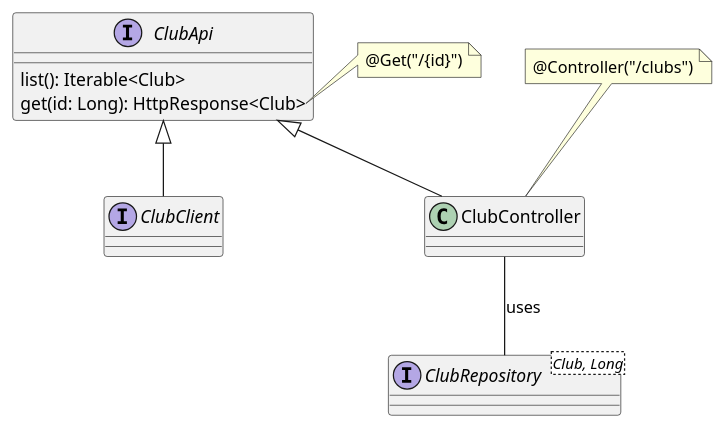
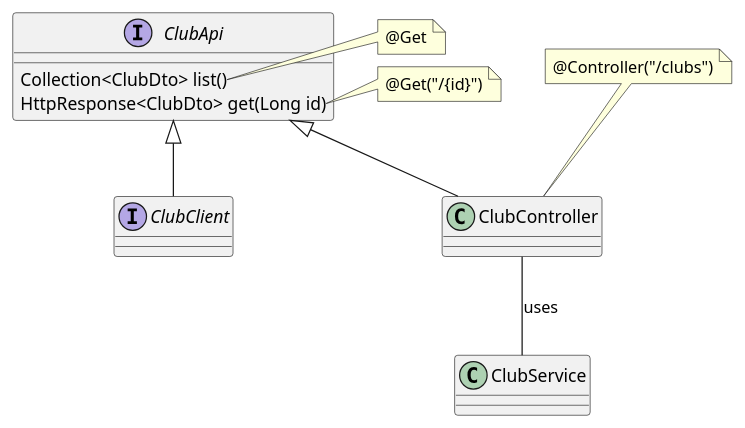
The fourth of 4 diagrams in lab02.adoc (alvarosanchez/micronaut-workshop), drawn with PlantUML before and after one commit. The commit also changed other lines of this file and 19 other files, not shown here.

```diff
--- a/lab02.adoc
+++ b/lab02.adoc
@@ -138,22 +241,25 @@
 [plantuml, rest-api, png]
 ....
 interface ClubClient {}
-interface ClubRepository<Club, Long> {}
+class ClubService {}
 interface ClubApi {
-  list(): Iterable<Club>
-  get(id: Long): HttpResponse<Club>
+  Collection<ClubDto> list()
+  HttpResponse<ClubDto> get(Long id)
 }
+note right of ClubApi::list
+  @Get
+end note
 note right of ClubApi::get
   @Get("/{id}")
 end note
 
 class ClubController {
 }
 note top of ClubController
   @Controller("/clubs")
 end note
 
 ClubApi <|-- ClubController
 ClubApi <|-- ClubClient
-ClubController -- ClubRepository : uses
+ClubController -- ClubService : uses
 ....
```
